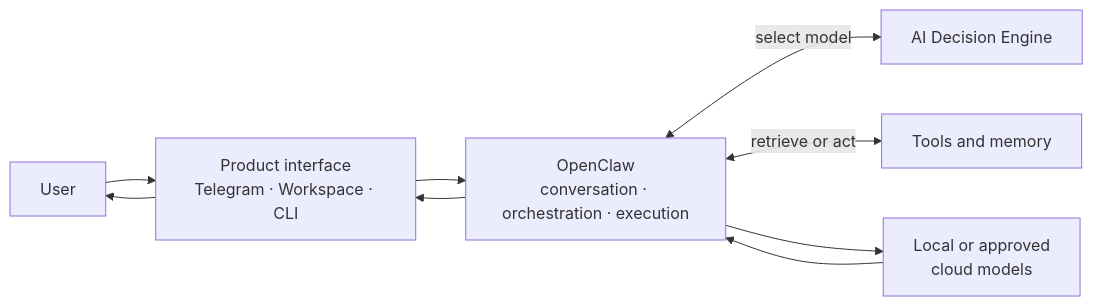
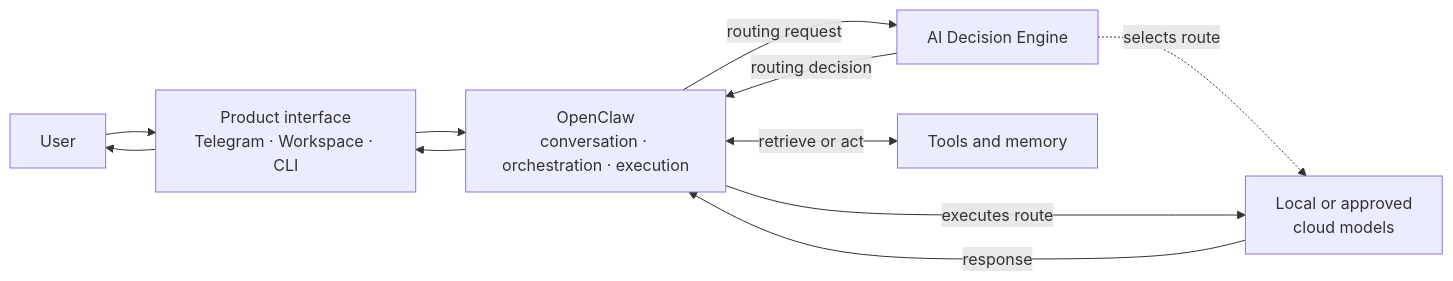
One commit to binitamukeshshah/ai-lab changed the first of 2 diagrams in docs/architecture.md. Above: the diagram before and after it, drawn with Mermaid. The commit also changed 2 other files, not shown here.

Commit message:
Strengthen AI Lab story and architecture

````diff
--- a/docs/architecture.md
+++ b/docs/architecture.md
@@ -7,13 +7,15 @@
 ```mermaid
 flowchart LR
     USER["User"] --> INTERFACE["Product interface<br/>Telegram · Workspace · CLI"]
     INTERFACE --> OPENCLAW["OpenClaw<br/>conversation · orchestration · execution"]
 
-    OPENCLAW <-->|"select model"| ROUTER["AI Decision Engine"]
+    OPENCLAW -->|"routing request"| ROUTER["AI Decision Engine"]
+    ROUTER -.->|"selects route"| MODELS["Local or approved<br/>cloud models"]
+    ROUTER -->|"routing decision"| OPENCLAW
     OPENCLAW <-->|"retrieve or act"| CAPABILITIES["Tools and memory"]
-    OPENCLAW --> MODELS["Local or approved<br/>cloud models"]
+    OPENCLAW -->|"executes route"| MODELS
 
-    MODELS --> OPENCLAW
+    MODELS -->|"response"| OPENCLAW
     OPENCLAW --> INTERFACE
     INTERFACE --> USER
 ```
````
